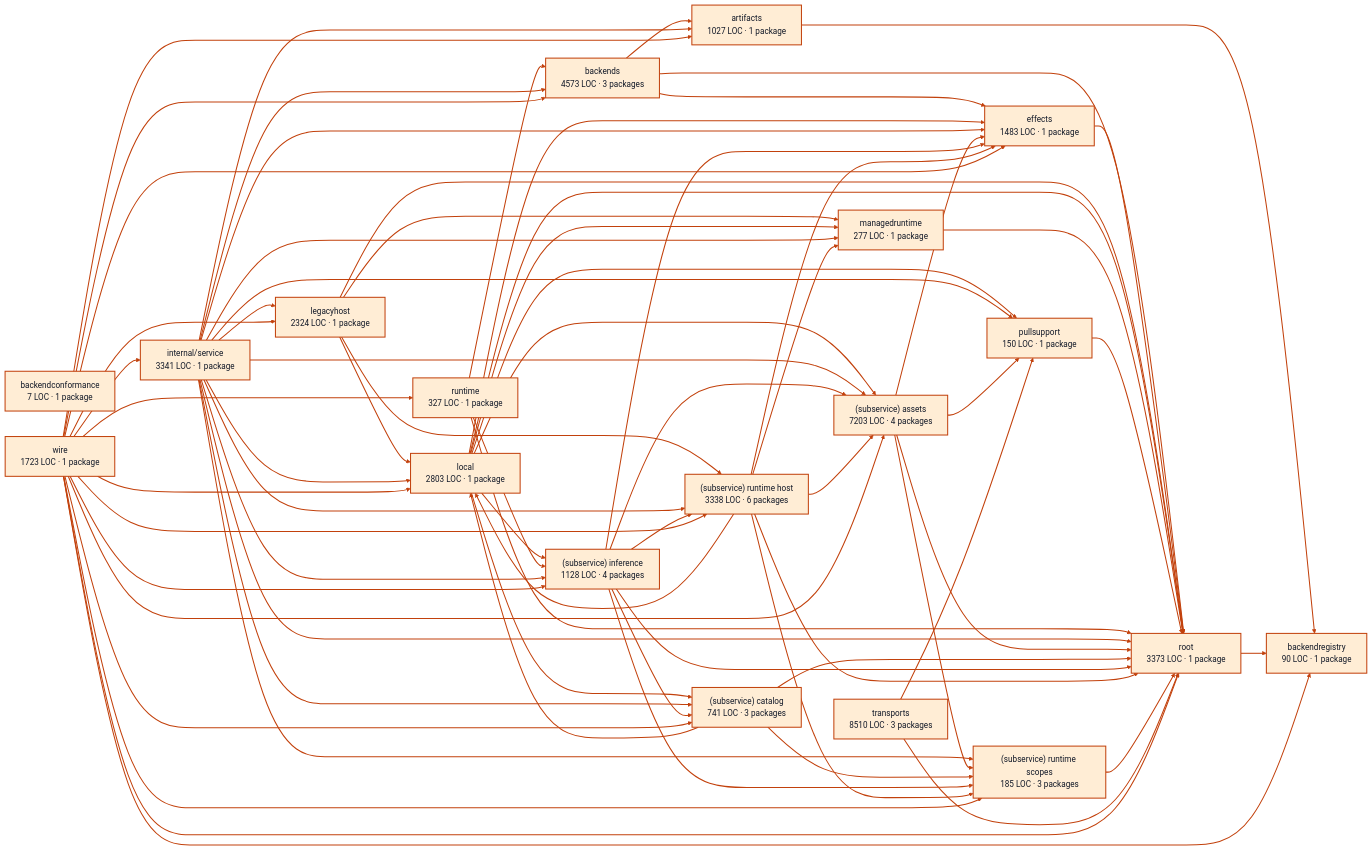
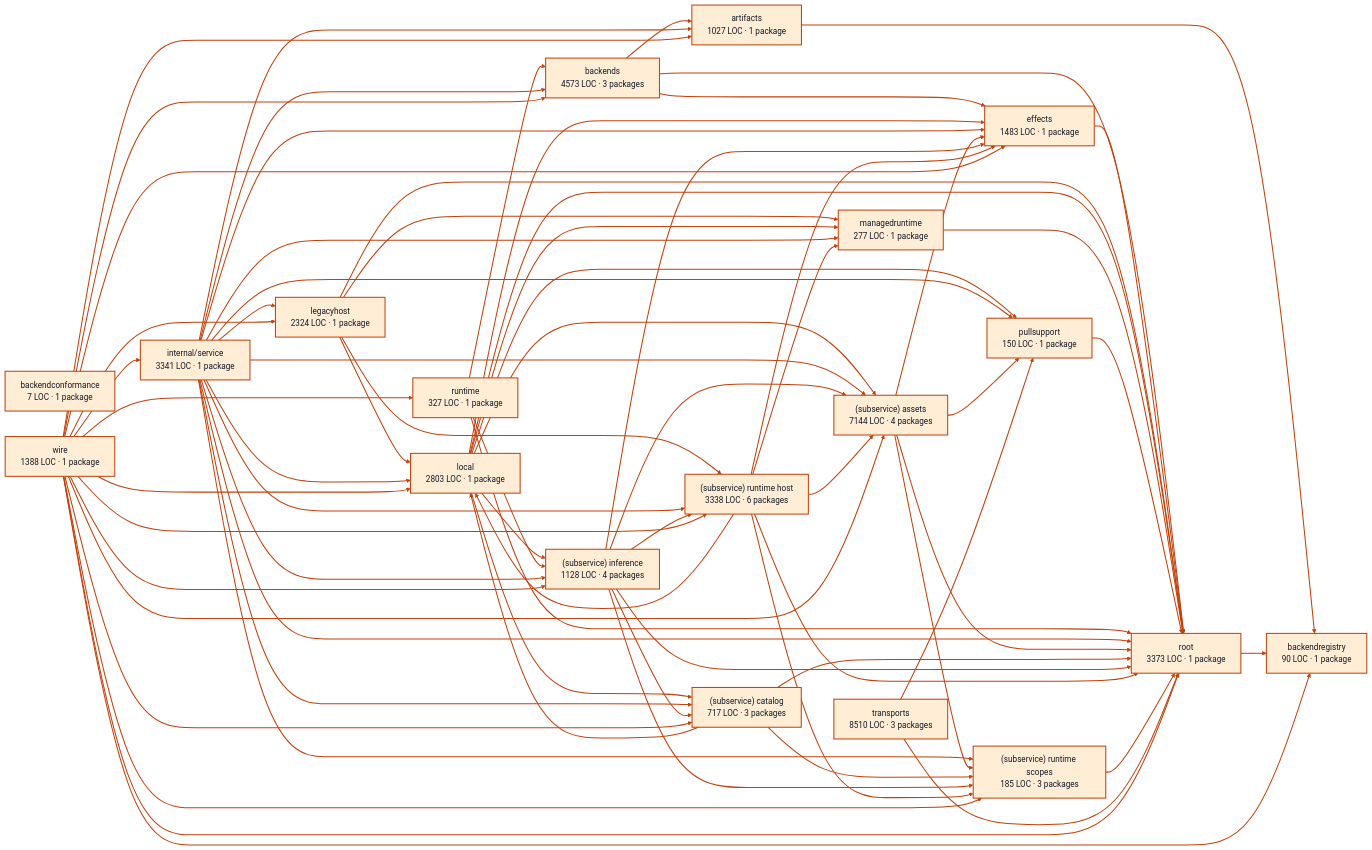
Before and after one commit to portpowered/you-agent-factory: the diagram in docs/architecture/visualizations/services/models.md, drawn with Mermaid. The commit also changed other lines of this file and 20 other files, not shown here.

Commit message:
docs: refresh backend architecture visualizations

```diff
--- a/docs/architecture/visualizations/services/models.md
+++ b/docs/architecture/visualizations/services/models.md
@@ -21,14 +21,14 @@
   p8["pullsupport<br/>150 LOC · 1 package"]
   p9["runtime<br/>327 LOC · 1 package"]
   p10["internal/service<br/>3341 LOC · 1 package"]
-  p11["(subservice) assets<br/>7203 LOC · 4 packages"]
-  p12["(subservice) catalog<br/>741 LOC · 3 packages"]
+  p11["(subservice) assets<br/>7144 LOC · 4 packages"]
+  p12["(subservice) catalog<br/>717 LOC · 3 packages"]
   p13["(subservice) inference<br/>1128 LOC · 4 packages"]
   p14["(subservice) runtime host<br/>3338 LOC · 6 packages"]
   p15["(subservice) runtime scopes<br/>185 LOC · 3 packages"]
   p16["root<br/>3373 LOC · 1 package"]
   p17["transports<br/>8510 LOC · 3 packages"]
-  p18["wire<br/>1723 LOC · 1 package"]
+  p18["wire<br/>1388 LOC · 1 package"]
   p0 --> p2
   p3 --> p0
   p3 --> p4
```
